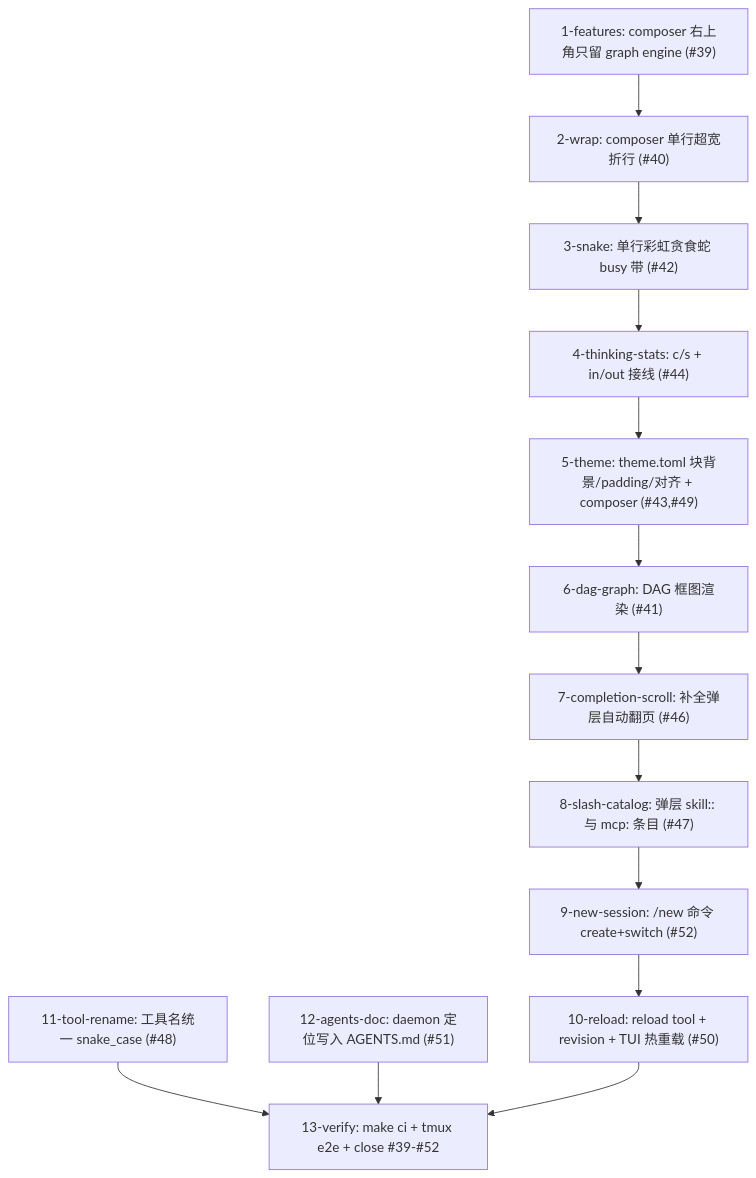
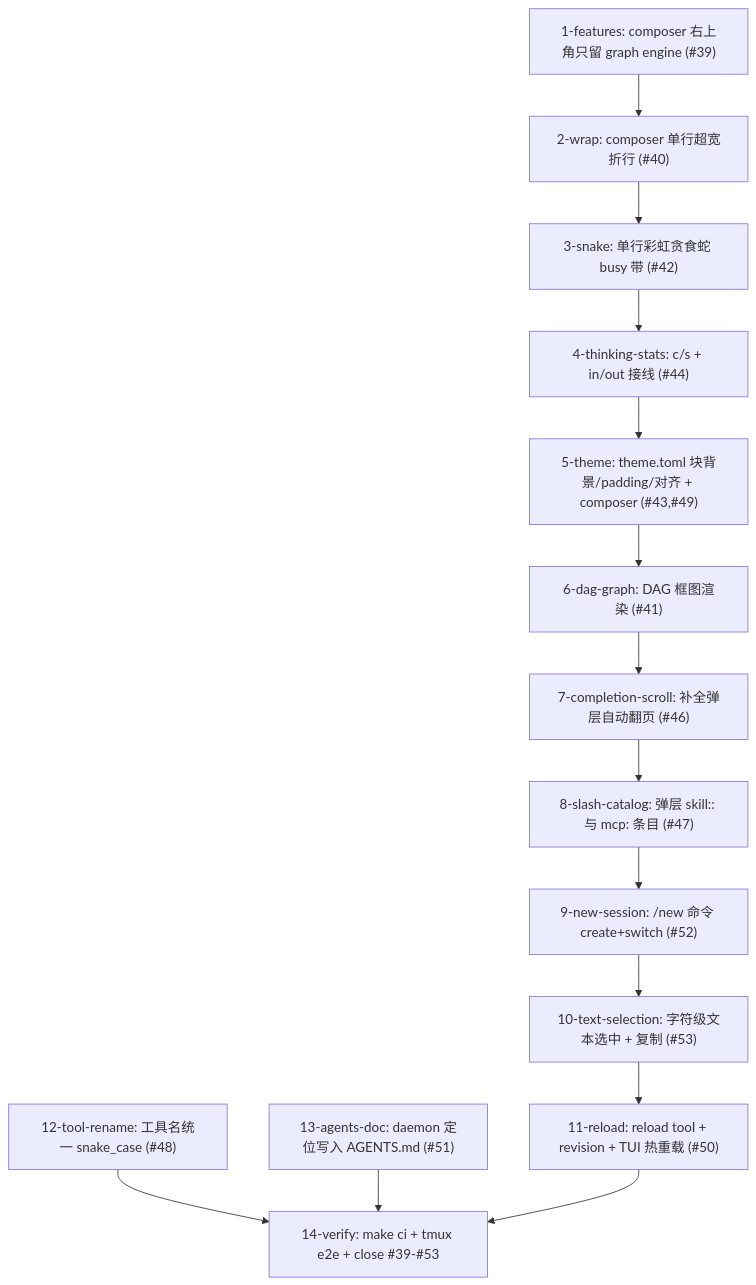
One commit to ptlzc/theway changed the diagram in openspec/changes/tui-batch-polish/tasks.md. Above: the diagram before and after it, drawn with Mermaid. The commit also changed other lines of this file and 1 other file, not shown here.

Commit message:
docs(#53): feed 选区改字符级文本选中入列（10-text-selection，后续节点顺延）

````diff
--- a/openspec/changes/tui-batch-polish/tasks.md
+++ b/openspec/changes/tui-batch-polish/tasks.md
@@ -3,15 +3,16 @@
 ```mermaid
 graph TD
   A["1-features: composer 右上角只留 graph engine (#39)"] --> B["2-wrap: composer 单行超宽折行 (#40)"]
   B --> C["3-snake: 单行彩虹贪食蛇 busy 带 (#42)"]
   C --> D["4-thinking-stats: c/s + in/out 接线 (#44)"]
   D --> E["5-theme: theme.toml 块背景/padding/对齐 + composer (#43,#49)"]
   E --> F["6-dag-graph: DAG 框图渲染 (#41)"]
   F --> G["7-completion-scroll: 补全弹层自动翻页 (#46)"]
   G --> H["8-slash-catalog: 弹层 skill:: 与 mcp: 条目 (#47)"]
   H --> I["9-new-session: /new 命令 create+switch (#52)"]
-  I --> J["10-reload: reload tool + revision + TUI 热重载 (#50)"]
-  K["11-tool-rename: 工具名统一 snake_case (#48)"] --> M["13-verify"]
-  L["12-agents-doc: daemon 定位写入 AGENTS.md (#51)"] --> M["13-verify"]
-  J --> M["13-verify: make ci + tmux e2e + close #39-#52"]
+  I --> J["10-text-selection: 字符级文本选中 + 复制 (#53)"]
+  J --> K["11-reload: reload tool + revision + TUI 热重载 (#50)"]
+  L["12-tool-rename: 工具名统一 snake_case (#48)"] --> N["14-verify"]
+  M["13-agents-doc: daemon 定位写入 AGENTS.md (#51)"] --> N["14-verify"]
+  K --> N["14-verify: make ci + tmux e2e + close #39-#53"]
 ```
````
